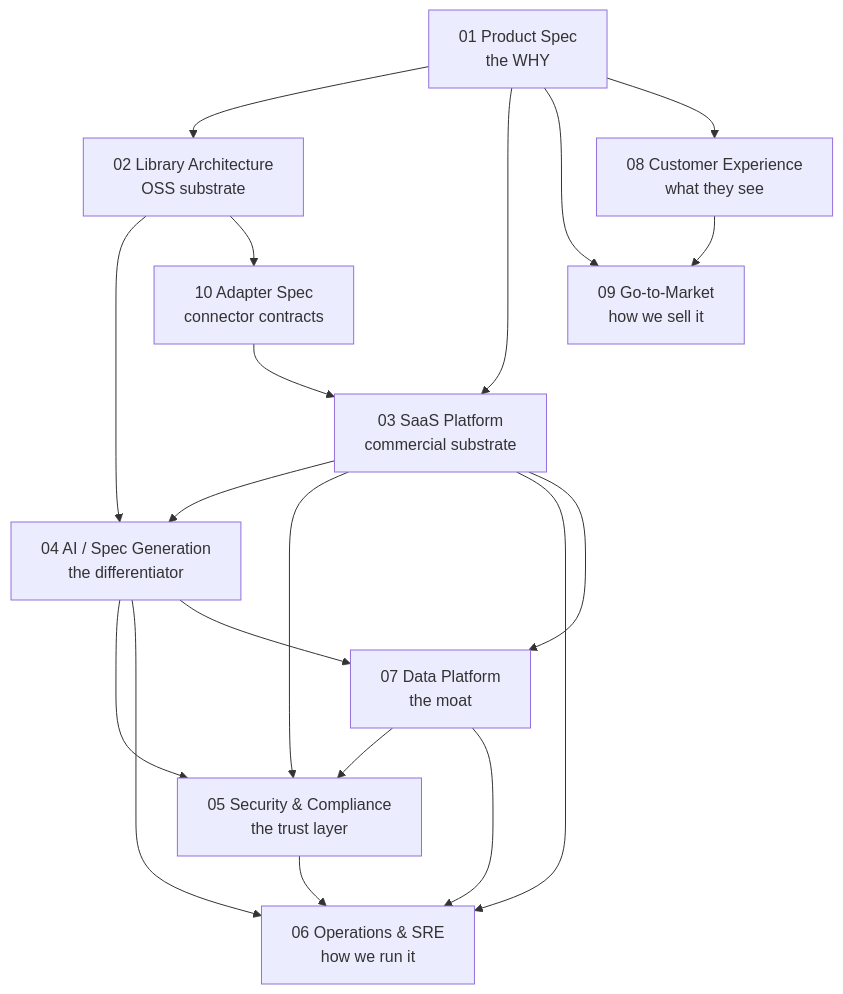
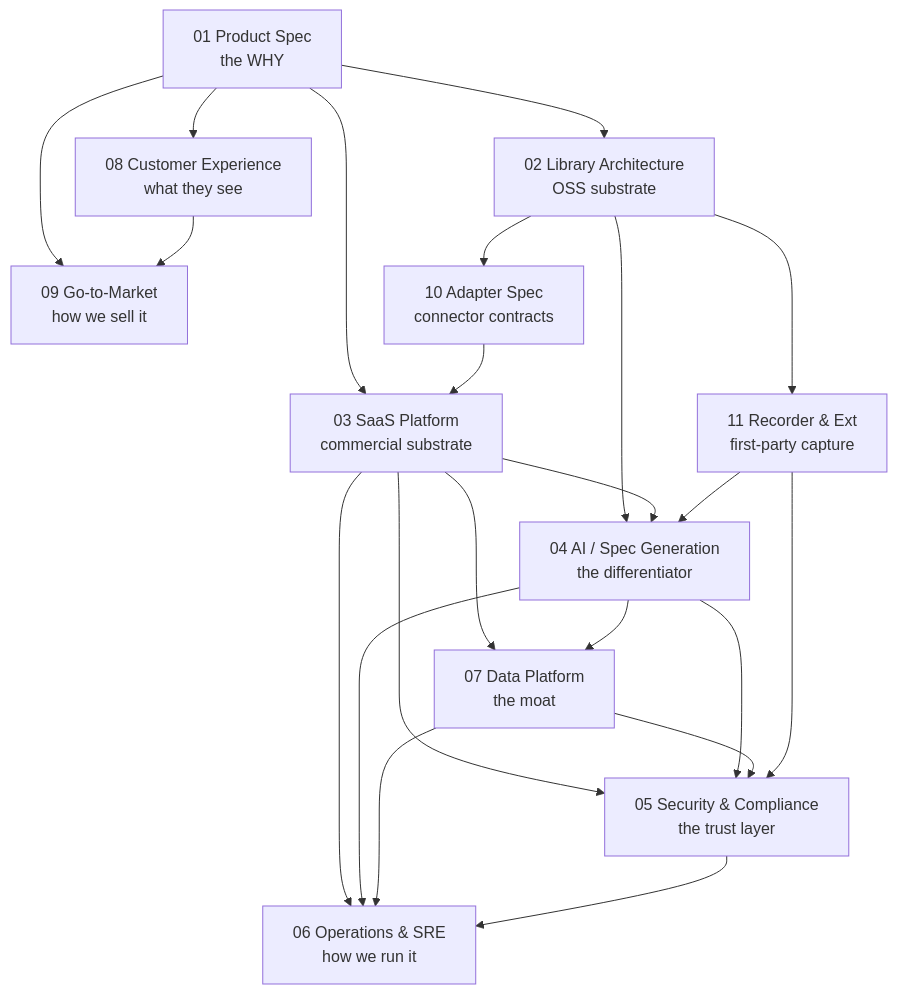
One commit to Haywork/complex-ui-tester changed the diagram in docs/README.md. Above: the diagram before and after it, drawn with Mermaid. The commit also changed other lines of this file and 13 other files, not shown here.

````diff
--- a/docs/README.md
+++ b/docs/README.md
@@ -28,32 +29,36 @@
 ```mermaid
 graph TB
     P[01 Product Spec<br/>the WHY]
     L[02 Library Architecture<br/>OSS substrate]
     S[03 SaaS Platform<br/>commercial substrate]
     AI[04 AI / Spec Generation<br/>the differentiator]
     SEC[05 Security & Compliance<br/>the trust layer]
     OPS[06 Operations & SRE<br/>how we run it]
     DATA[07 Data Platform<br/>the moat]
     CX[08 Customer Experience<br/>what they see]
     GTM[09 Go-to-Market<br/>how we sell it]
     ADAPT[10 Adapter Spec<br/>connector contracts]
+    REC[11 Recorder & Ext<br/>first-party capture]
 
     P --> L
     P --> S
     P --> GTM
     P --> CX
     L --> AI
     L --> ADAPT
+    L --> REC
     S --> AI
     S --> SEC
     S --> OPS
     S --> DATA
     AI --> SEC
     AI --> OPS
     AI --> DATA
     DATA --> SEC
     DATA --> OPS
     CX --> GTM
     SEC --> OPS
     ADAPT --> S
+    REC --> AI
+    REC --> SEC
 ```
````
